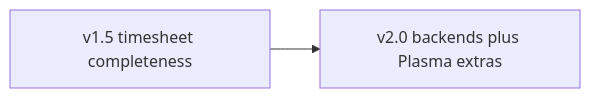
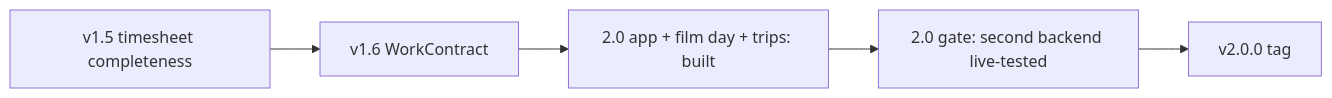
One commit to shrippen/Plasmai changed the diagram in ROADMAP.md. Above: the diagram before and after it, drawn with Mermaid. The commit also changed other lines of this file and 2 other files, not shown here.

First line of the commit message:
Align roadmap with the 2.0 state

````diff
--- a/ROADMAP.md
+++ b/ROADMAP.md
@@ -23,6 +25,9 @@
 ```mermaid
 flowchart LR
   v15[v1.5 timesheet completeness]
-  v20[v2.0 backends plus Plasma extras]
-  v15 --> v20
+  v16[v1.6 WorkContract]
+  app[2.0 app + film day + trips: built]
+  gate[2.0 gate: second backend live-tested]
+  tag[v2.0.0 tag]
+  v15 --> v16 --> app --> gate --> tag
 ```
````
